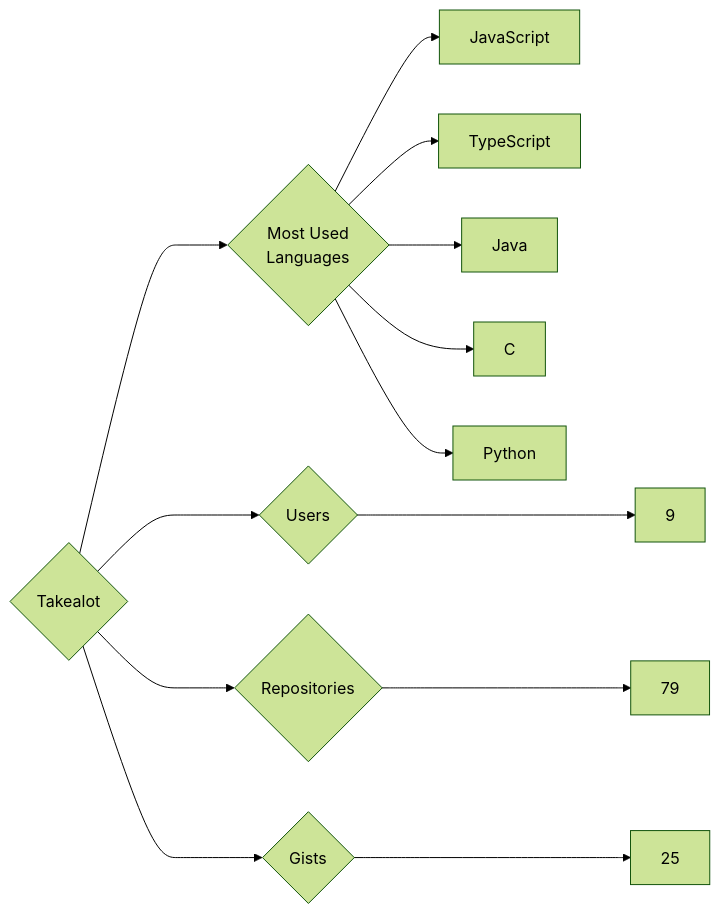
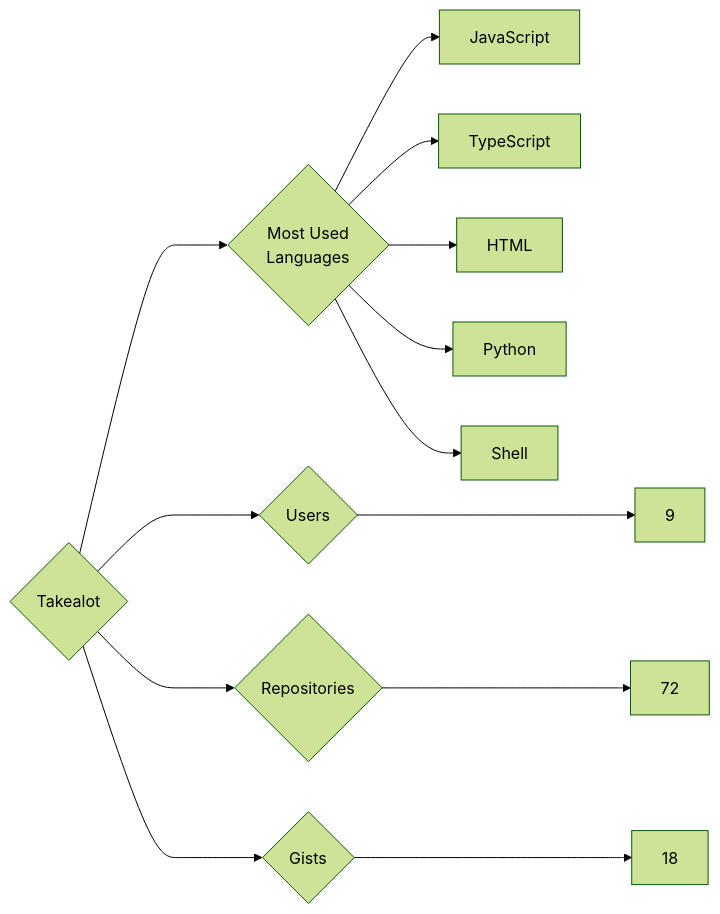
Before and after one commit to trickest/insiders: the diagram in targets/Takealot/README.md, drawn with Mermaid (forest theme). The commit also changed 851 other files, not shown here.

````diff
--- a/targets/Takealot/README.md
+++ b/targets/Takealot/README.md
@@ -3,13 +3,13 @@
 ```mermaid
 graph LR
 COMPANY_NAME{Takealot}
 COMPANY_NAME ---> U{Users} ---> UN[9]
-COMPANY_NAME ---> R{Repositories} ---> RN[79]
-COMPANY_NAME ---> G{Gists} ---> GN[25]
+COMPANY_NAME ---> R{Repositories} ---> RN[72]
+COMPANY_NAME ---> G{Gists} ---> GN[18]
 COMPANY_NAME ---> ML{Most Used<br>Languages}
 ML --> JavaScript[JavaScript]
 ML --> TypeScript[TypeScript]
-ML --> Java[Java]
-ML --> C[C]
+ML --> HTML[HTML]
 ML --> Python[Python]
+ML --> Shell[Shell]
 ```
````
